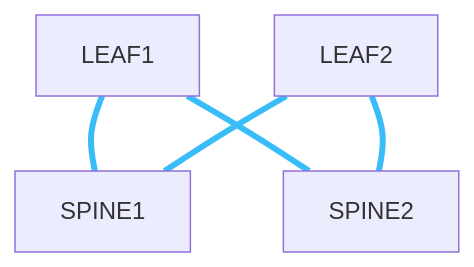
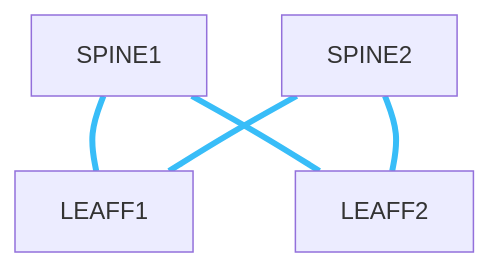
Before and after one commit to Haren-Sah/netbox-fabric-automation: the diagram in README.md, drawn with Mermaid.

Commit message:
fix DC topology device layout

````diff
--- a/README.md
+++ b/README.md
@@ -58,9 +58,10 @@
 ```mermaid
 graph TD
-    LEAF1 --- SPINE1
-    LEAF1 --- SPINE2
-    LEAF2 --- SPINE1
-    LEAF2 --- SPINE2
+    SPINE1 --- LEAFF1
+    SPINE1 --- LEAFF2
+    SPINE2 --- LEAFF1
+    SPINE2 --- LEAFF2
+     
 
     linkStyle 0,1,2,3 stroke:#38bdf8,stroke-width:4px;
 ```
````
